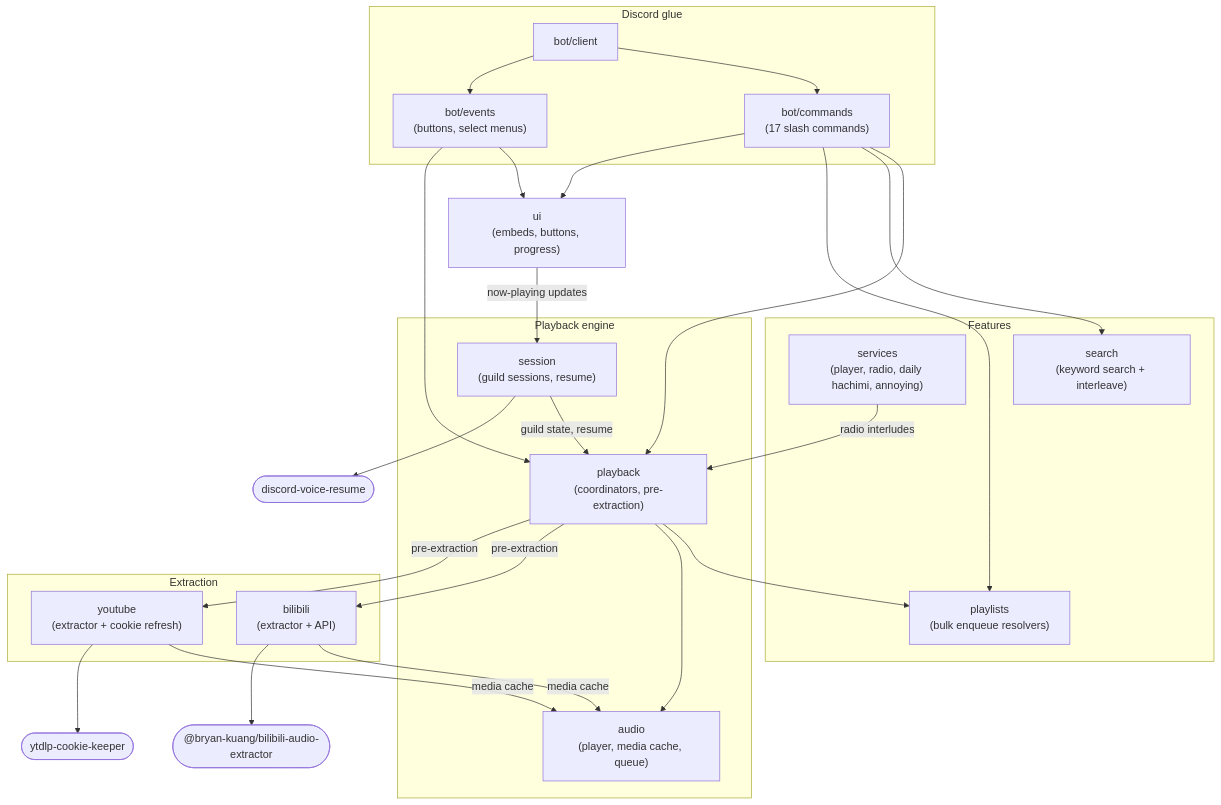
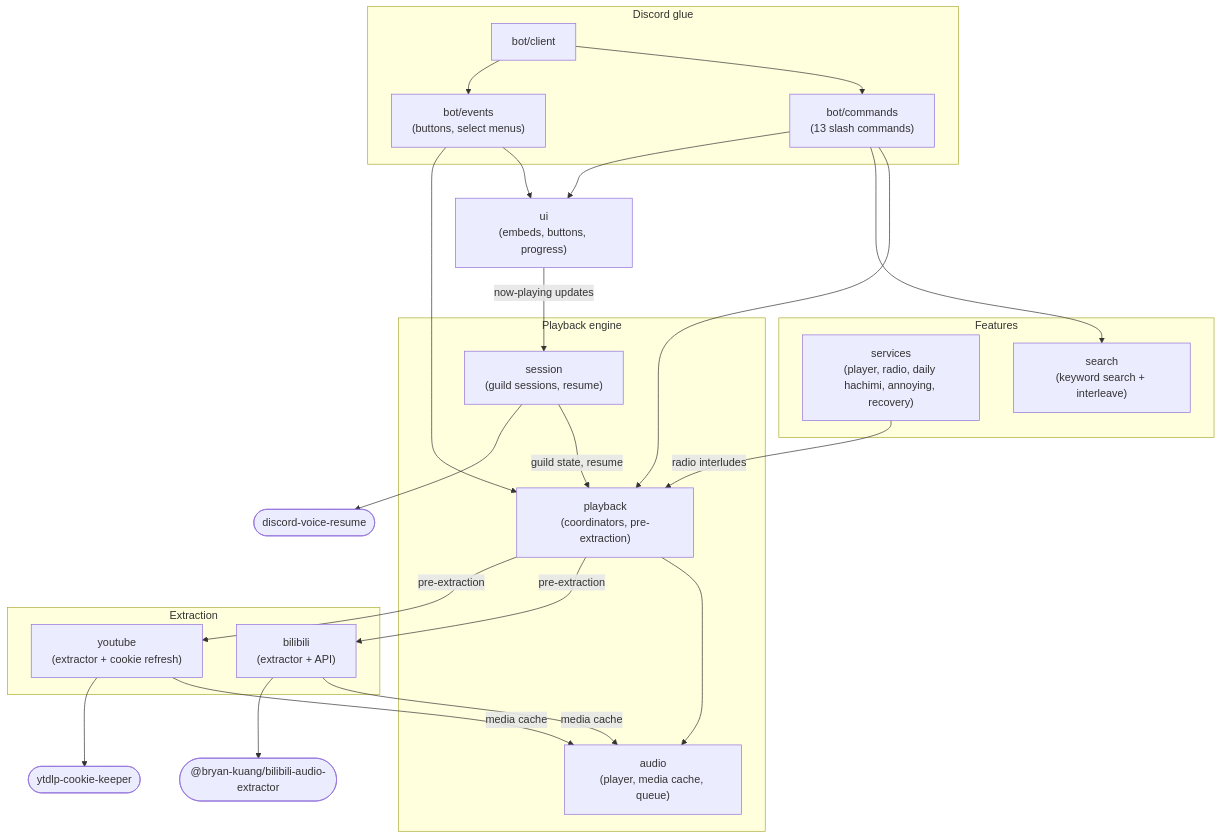
The first of 3 diagrams in docs/architecture.md (Bryan-Kuang/FM-Hachimi), drawn with Mermaid before and after one commit. The commit also changed other lines of this file and 69 other files, not shown here.

````diff
--- a/docs/architecture.md
+++ b/docs/architecture.md
@@ -11,56 +11,53 @@
 ```mermaid
 graph TD
     subgraph Discord glue
-        commands["bot/commands<br/>(17 slash commands)"]
+        commands["bot/commands<br/>(13 slash commands)"]
         events["bot/events<br/>(buttons, select menus)"]
         client["bot/client"]
     end
 
     subgraph Features
-        services["services<br/>(player, radio, daily hachimi, annoying)"]
+        services["services<br/>(player, radio, daily hachimi, annoying, recovery)"]
         search["search<br/>(keyword search + interleave)"]
-        playlists["playlists<br/>(bulk enqueue resolvers)"]
     end
 
     subgraph Playback engine
         session["session<br/>(guild sessions, resume)"]
         playback["playback<br/>(coordinators, pre-extraction)"]
         audio["audio<br/>(player, media cache, queue)"]
     end
 
     subgraph Extraction
         bilibili["bilibili<br/>(extractor + API)"]
         youtube["youtube<br/>(extractor + cookie refresh)"]
     end
 
     ui["ui<br/>(embeds, buttons, progress)"]
 
     pkg1(["@bryan-kuang/bilibili-audio-extractor"])
     pkg2(["ytdlp-cookie-keeper"])
     pkg3(["discord-voice-resume"])
 
     client --> commands
     client --> events
     commands --> playback
     commands --> search
-    commands --> playlists
     commands --> ui
     events --> ui
     events --> playback
 
     services -->|radio interludes| playback
     session -->|guild state, resume| playback
     ui -->|now-playing updates| session
 
-    playback --> playlists
     playback --> audio
     playback -->|pre-extraction| bilibili
     playback -->|pre-extraction| youtube
 
     bilibili -->|media cache| audio
     youtube -->|media cache| audio
 
     bilibili --> pkg1
     youtube --> pkg2
     session --> pkg3
 ```
````
